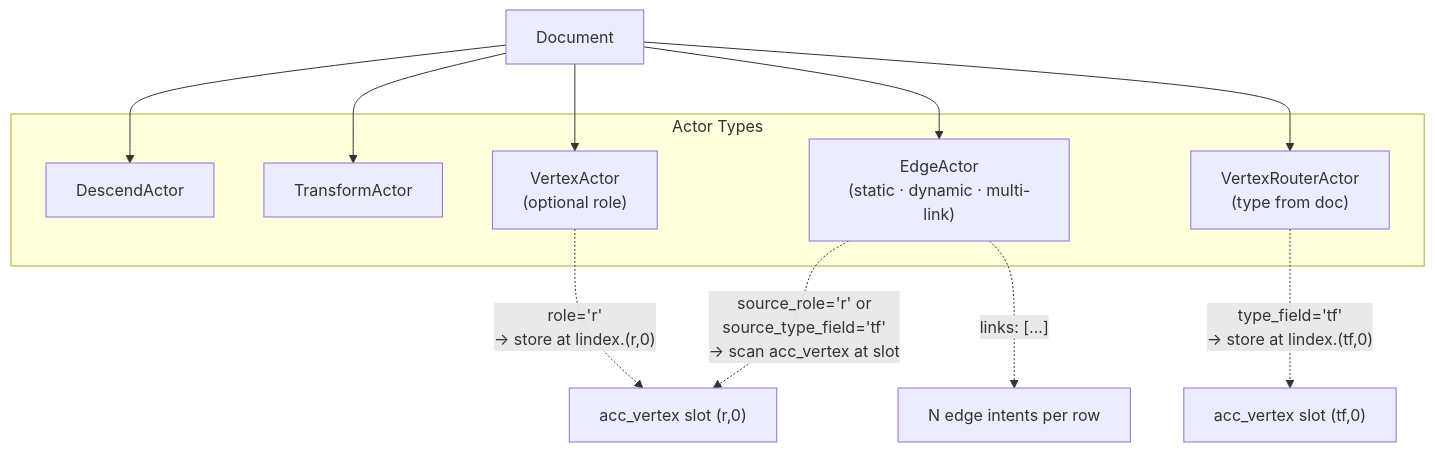
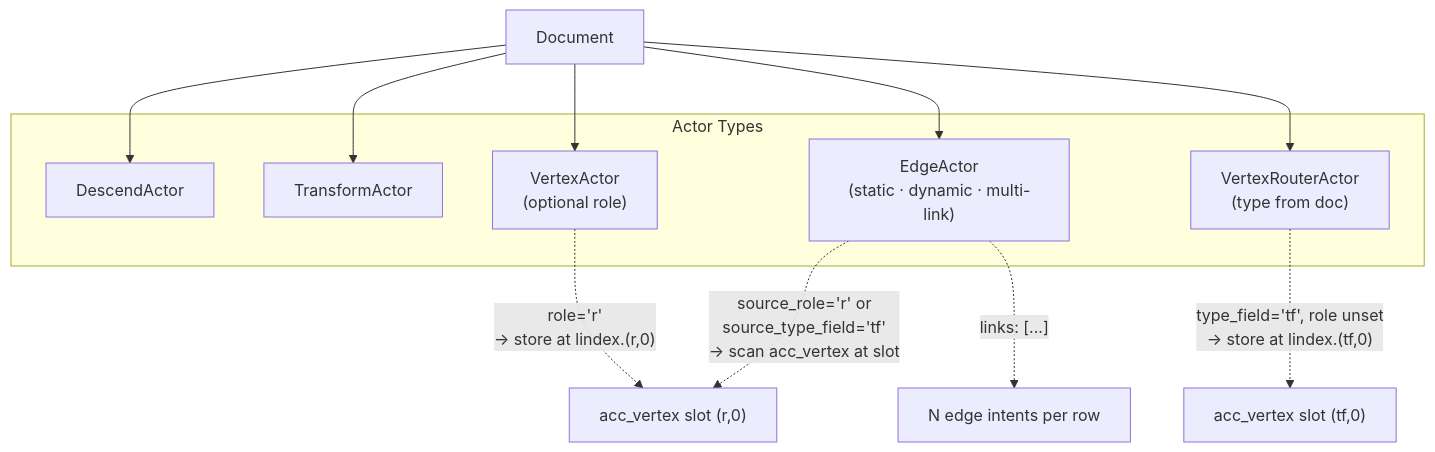
The seventh of 8 diagrams in docs/concepts/index.md (growgraph/graflo), drawn with Mermaid before and after one commit. The commit also changed other lines of this file and 25 other files, not shown here.

````diff
--- a/docs/concepts/index.md
+++ b/docs/concepts/index.md
@@ -635,19 +635,19 @@
 ```mermaid
 flowchart TB
     subgraph actors [Actor Types]
         D[DescendActor]
         T[TransformActor]
         V["VertexActor\n(optional role)"]
         E["EdgeActor\n(static · dynamic · multi-link)"]
         VR["VertexRouterActor\n(type from doc)"]
     end
     Doc[Document] --> D
     Doc --> T
     Doc --> V
     Doc --> E
     Doc --> VR
     V -.->|"role='r'\n→ store at lindex.(r,0)"| slot_r["acc_vertex slot (r,0)"]
-    VR -.->|"type_field='tf'\n→ store at lindex.(tf,0)"| slot_tf["acc_vertex slot (tf,0)"]
+    VR -.->|"type_field='tf', role unset\n→ store at lindex.(tf,0)"| slot_tf["acc_vertex slot (tf,0)"]
     E -.->|"source_role='r' or\nsource_type_field='tf'\n→ scan acc_vertex at slot"| slot_r
     E -.->|"links: [...]"| multi["N edge intents per row"]
 ```
````
